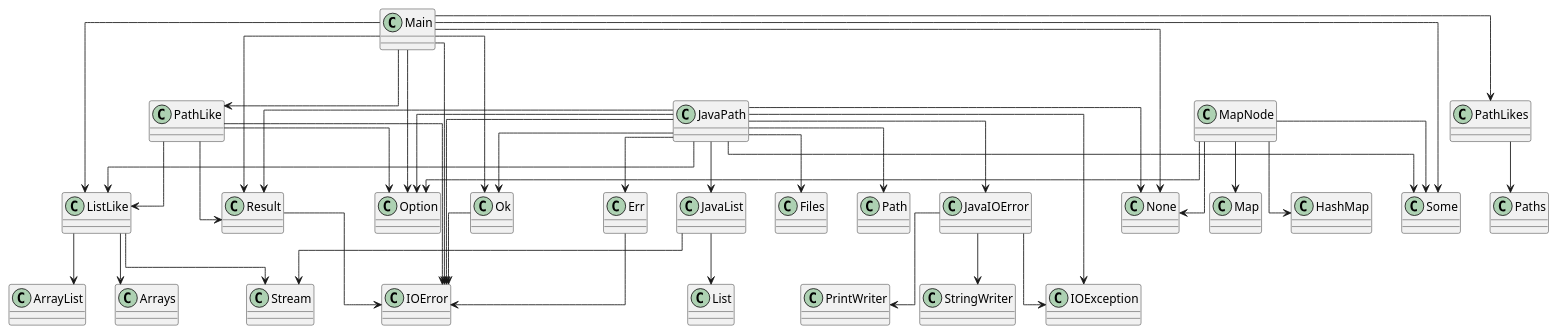
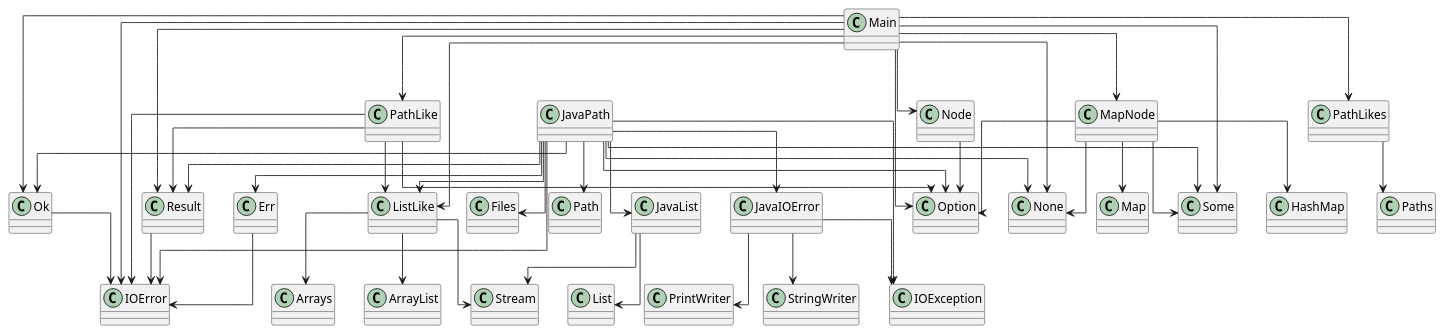
Before and after one commit to SirMathhman/Magma: the diagram in diagram.puml, drawn with PlantUML. The commit also changed 3 other files, not shown here.

```diff
--- a/diagram.puml
+++ b/diagram.puml
@@ -1,62 +1,66 @@
 @startuml
 skinparam linetype ortho
 class IOError
 class JavaIOError
 JavaIOError --> IOException
 JavaIOError --> PrintWriter
 JavaIOError --> StringWriter
 class JavaList
 JavaList --> List
 JavaList --> Stream
 class ListLike
 ListLike --> ArrayList
 ListLike --> Arrays
 ListLike --> Stream
 class Main
 Main --> IOError
 Main --> ListLike
+Main --> MapNode
+Main --> Node
 Main --> None
 Main --> Option
 Main --> Some
 Main --> PathLike
 Main --> PathLikes
 Main --> Ok
 Main --> Result
 class MapNode
 MapNode --> None
 MapNode --> Option
 MapNode --> Some
 MapNode --> HashMap
 MapNode --> Map
+class Node
+Node --> Option
 class None
 class Option
 class Some
 class JavaPath
 JavaPath --> IOError
 JavaPath --> JavaIOError
 JavaPath --> JavaList
 JavaPath --> ListLike
 JavaPath --> None
 JavaPath --> Option
 JavaPath --> Some
 JavaPath --> Err
 JavaPath --> Ok
 JavaPath --> Result
 JavaPath --> IOException
 JavaPath --> Files
 JavaPath --> Path
 class PathLike
 PathLike --> IOError
 PathLike --> ListLike
 PathLike --> Option
 PathLike --> Result
 class PathLikes
 PathLikes --> Paths
 class Err
 Err --> IOError
 class Ok
 Ok --> IOError
 class Result
 Result --> IOError
 
 @enduml
```
